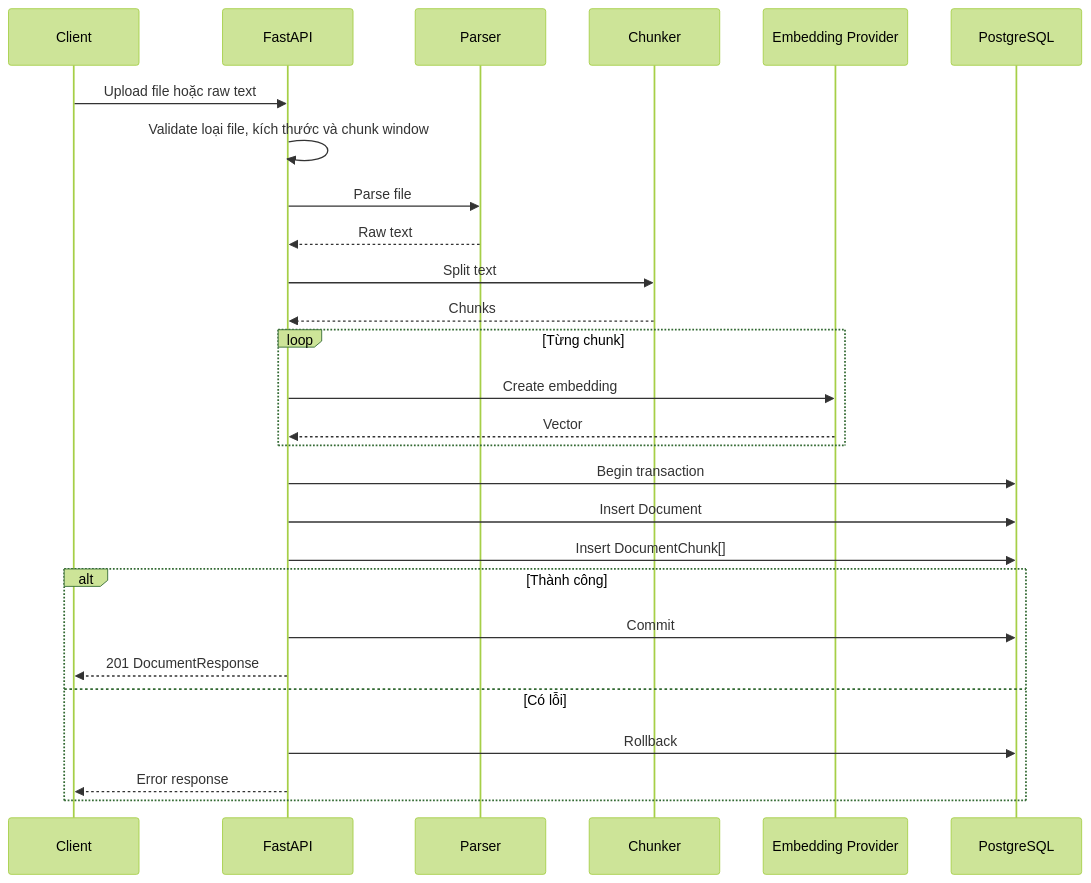
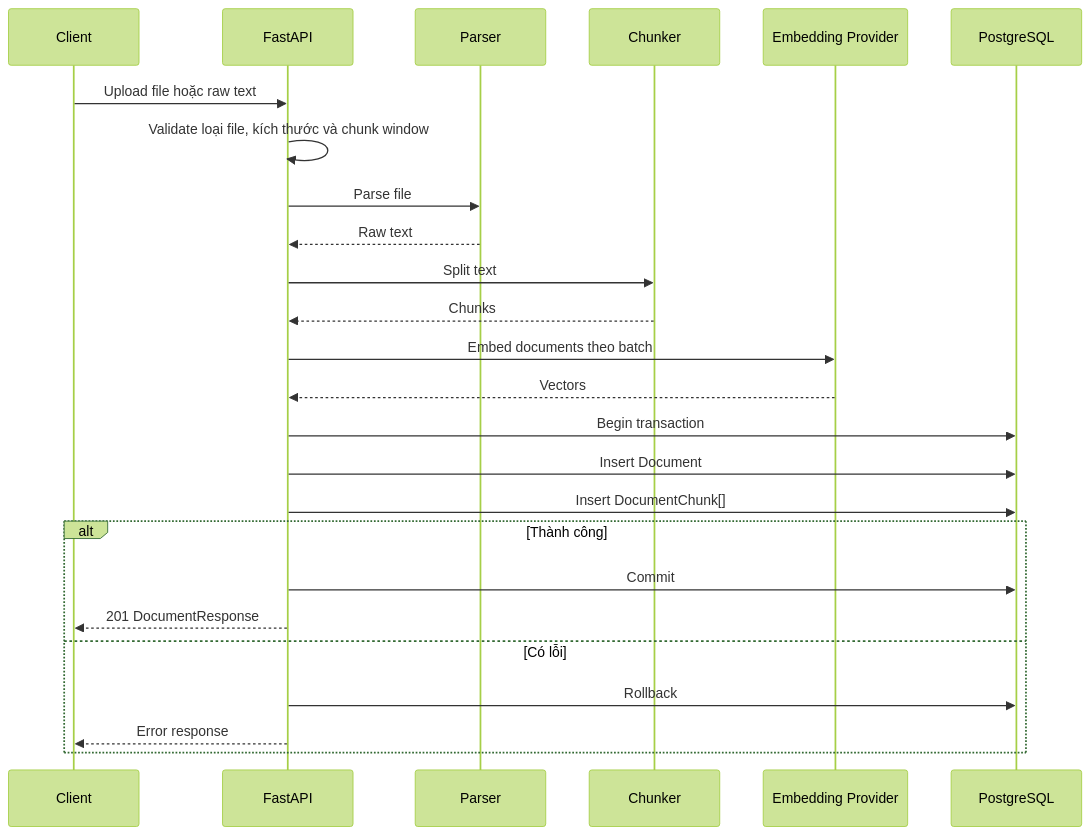
The fourth of 7 diagrams in docs/RAG_Architecture_Design.md (NDQuynh259/ragflow-api), drawn with Mermaid (forest theme) before and after one commit. The commit also changed other lines of this file and 12 other files, not shown here.

Commit message:
feat: Enhance embedding service with retry logic and update architecture documentation

````diff
--- a/docs/RAG_Architecture_Design.md
+++ b/docs/RAG_Architecture_Design.md
@@ -155,33 +156,31 @@
 ```mermaid
 sequenceDiagram
     participant C as Client
     participant A as FastAPI
     participant P as Parser
     participant CH as Chunker
     participant E as Embedding Provider
     participant DB as PostgreSQL
 
     C->>A: Upload file hoặc raw text
     A->>A: Validate loại file, kích thước và chunk window
     A->>P: Parse file
     P-->>A: Raw text
     A->>CH: Split text
     CH-->>A: Chunks
 
-    loop Từng chunk
-        A->>E: Create embedding
-        E-->>A: Vector
-    end
+    A->>E: Embed documents theo batch
+    E-->>A: Vectors
 
     A->>DB: Begin transaction
     A->>DB: Insert Document
     A->>DB: Insert DocumentChunk[]
 
     alt Thành công
         A->>DB: Commit
         A-->>C: 201 DocumentResponse
     else Có lỗi
         A->>DB: Rollback
         A-->>C: Error response
     end
 ```
````
